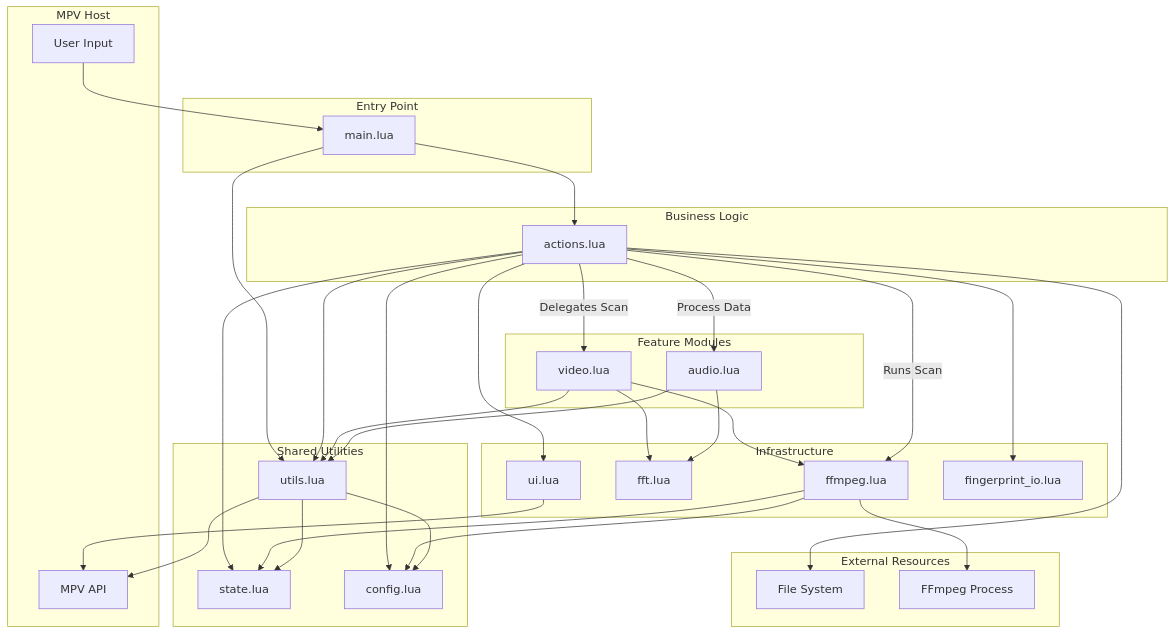
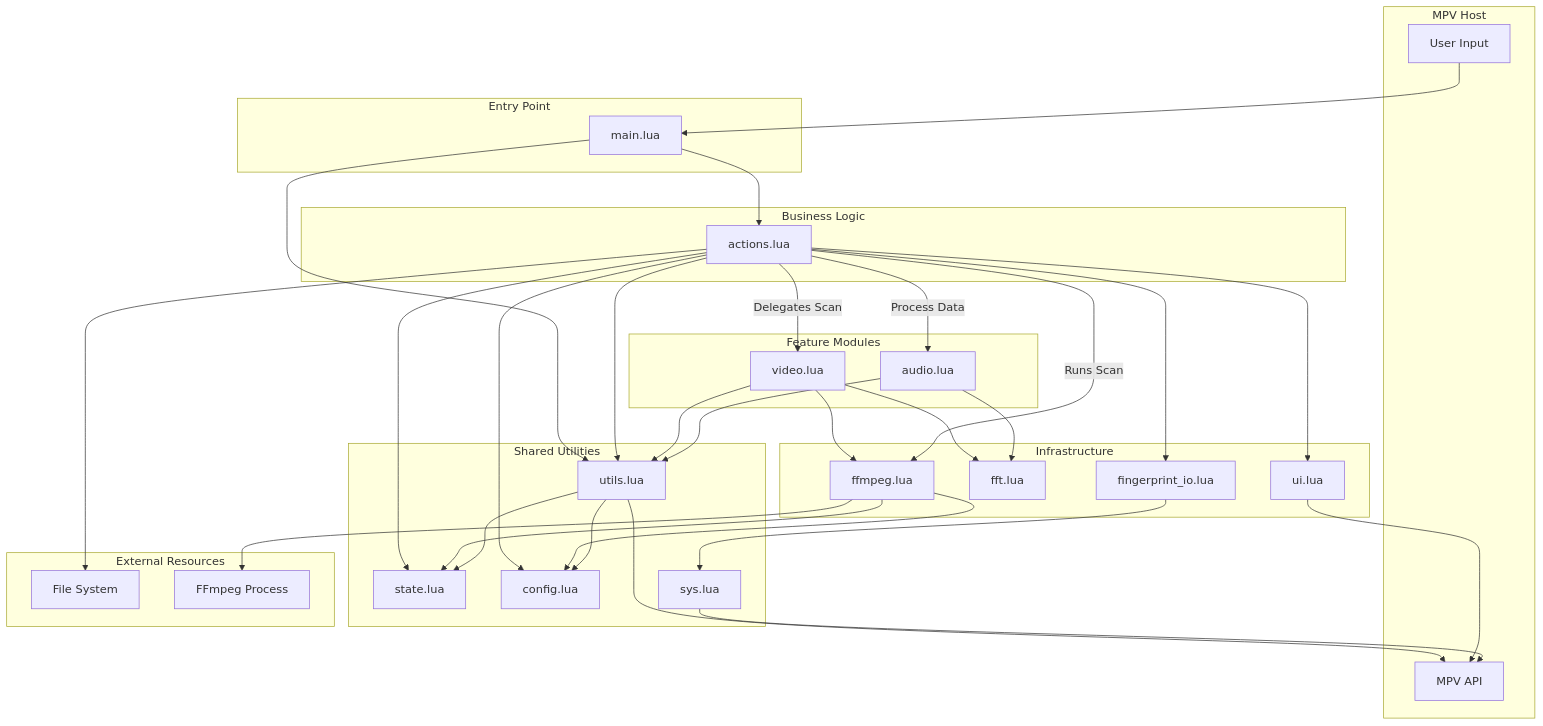
One commit to jjangsangy/intro-fingerprint changed the diagram in memory-bank/systemPatterns.md. Above: the diagram before and after it, drawn with Mermaid. The commit also changed other lines of this file and 6 other files, not shown here.

````diff
--- a/memory-bank/systemPatterns.md
+++ b/memory-bank/systemPatterns.md
@@ -6,74 +6,77 @@
 ```mermaid
 flowchart TD
     subgraph Host [MPV Host]
         Input[User Input]
         API[MPV API]
     end
 
     subgraph Entry [Entry Point]
         Main[main.lua]
     end
 
     subgraph Logic [Business Logic]
         Actions[actions.lua]
     end
 
     subgraph Features [Feature Modules]
         Video[video.lua]
         Audio[audio.lua]
     end
 
     subgraph Infra [Infrastructure]
         FFmpeg[ffmpeg.lua]
         FFT[fft.lua]
         UI[ui.lua]
         FPIO[fingerprint_io.lua]
     end
 
     subgraph Shared [Shared Utilities]
         Utils[utils.lua]
         State[state.lua]
         Config[config.lua]
+        Sys[sys.lua]
     end
 
     subgraph External [External Resources]
         FS[File System]
         Proc[FFmpeg Process]
     end
 
     %% Main Entry
     Input --> Main
     Main --> Actions
     Main --> Utils
 
     %% Actions Orchestration
     Actions --> UI
     Actions --> State
     Actions --> Config
     Actions --> Utils
     Actions --> FPIO
     Actions --> FS
 
     %% Video Scan Logic (Encapsulated)
     Actions -->|Delegates Scan| Video
     Video --> FFmpeg
     Video --> FFT
     Video --> Utils
 
     %% Audio Scan Logic (Orchestrated)
     Actions -->|Runs Scan| FFmpeg
     Actions -->|Process Data| Audio
     Audio --> FFT
     Audio --> Utils
 
     %% FFmpeg Execution
     FFmpeg --> State
     FFmpeg --> Config
     FFmpeg --> Proc
 
     %% Shared Deps
     Utils --> State
     Utils --> Config
     Utils --> API
     UI --> API
+    FPIO --> Sys
+    Sys --> API
 ```
````
